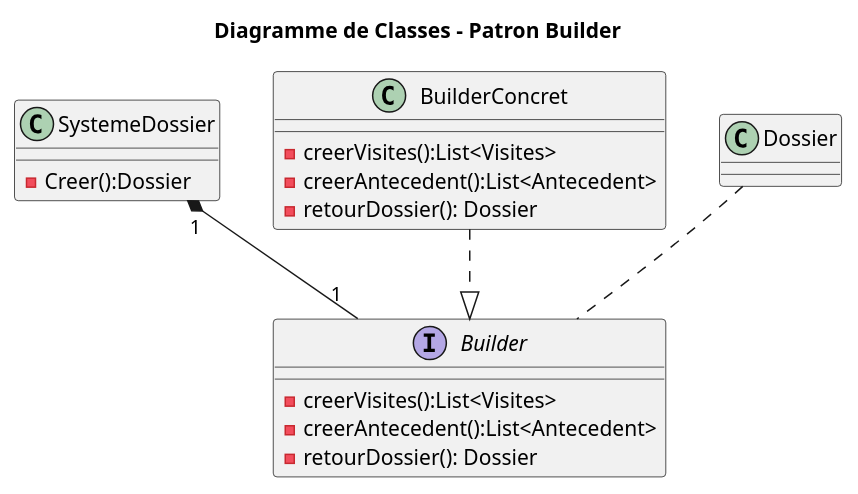
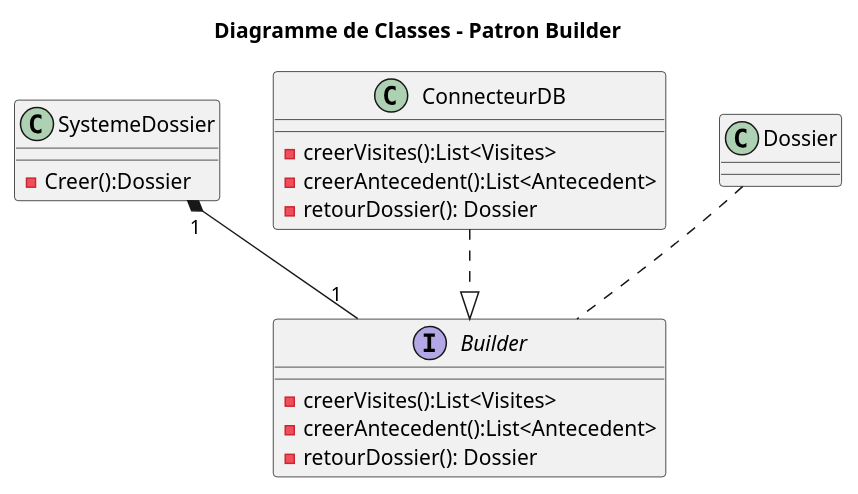
One commit to vbrayuqam/projet-genielog changed the diagram in builderclasses.puml. Above: the diagram before and after it, drawn with PlantUML.

Commit message:
modif builderclasses

```diff
--- a/builderclasses.puml
+++ b/builderclasses.puml
@@ -1,34 +1,29 @@
 @startuml builderclasses
 
 title "Diagramme de Classes - Patron Builder"
-
-
-' class EmployeRAMQ{}
-
-' abstract Utilisateur{}
 
 
 class SystemeDossier{
     -Creer():Dossier
 }
 
 Interface Builder{
     - creerVisites():List<Visites>
     - creerAntecedent():List<Antecedent>
     - retourDossier(): Dossier
 }
 
-class BuilderConcret{
+class ConnecteurDB{
     - creerVisites():List<Visites>
     - creerAntecedent():List<Antecedent>
     - retourDossier(): Dossier
 }
 
 class Dossier{}
 
 SystemeDossier "1" *-- "1" Builder
-BuilderConcret ..|> Builder
+ConnecteurDB ..|> Builder
 Dossier .. Builder
 
 
 @enduml
```
